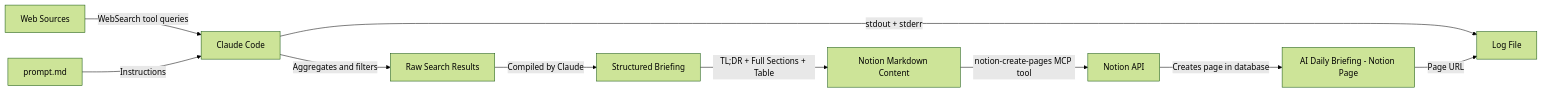
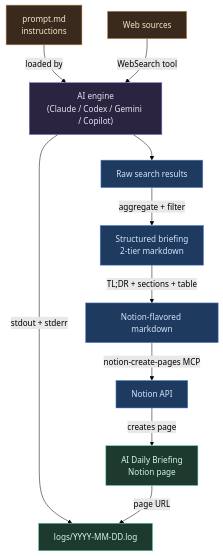
One commit to apelleg/freight-intel-brief changed diagram 20 of 25 in ARCHITECTURE.md. Above: the diagram before and after it, drawn with Mermaid (forest theme). The commit also changed other lines of this file and 44 other files, not shown here.

````diff
--- a/ARCHITECTURE.md
+++ b/ARCHITECTURE.md
@@ -930,13 +1196,22 @@
 ```mermaid
-graph LR
-    A[Web Sources] -->|WebSearch tool queries| B[Claude Code]
-    B -->|Aggregates and filters| C[Raw Search Results]
-    C -->|Compiled by Claude| D[Structured Briefing]
-    D -->|TL;DR + Full Sections + Table| E[Notion Markdown Content]
-    E -->|notion-create-pages MCP tool| F[Notion API]
-    F -->|Creates page in database| G[AI Daily Briefing - Notion Page]
+flowchart TD
+    classDef src   fill:#3a2a1e,stroke:#d49b5b,color:#f5e6c8
+    classDef agent fill:#2a2440,stroke:#8b7ad4,color:#e4e4ef
+    classDef proc  fill:#1e3a5f,stroke:#5b8dd8,color:#d4e4f8
+    classDef out   fill:#1e3a2f,stroke:#5bd49b,color:#d4f8e2
 
-    H[prompt.md] -->|Instructions| B
-    B -->|stdout + stderr| I[Log File]
-    G -->|Page URL| I
+    H["prompt.md<br/>instructions"]:::src
+    A["Web sources"]:::src
+
+    H -- loaded by --> B["AI engine<br/>(Claude / Codex / Gemini / Copilot)"]:::agent
+    A -- WebSearch tool --> B
+
+    B --> C["Raw search results"]:::proc
+    C -- aggregate + filter --> D["Structured briefing<br/>2-tier markdown"]:::proc
+    D -- TL;DR + sections + table --> E["Notion-flavored markdown"]:::proc
+    E -- notion-create-pages MCP --> F["Notion API"]:::proc
+    F -- creates page --> G["AI Daily Briefing<br/>Notion page"]:::out
+
+    B -- stdout + stderr --> I["logs/YYYY-MM-DD.log"]:::out
+    G -- page URL --> I
 ```
````
